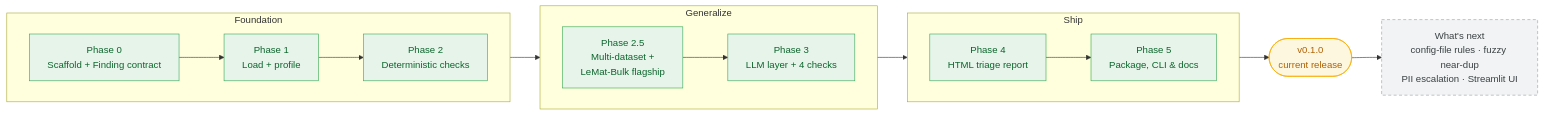
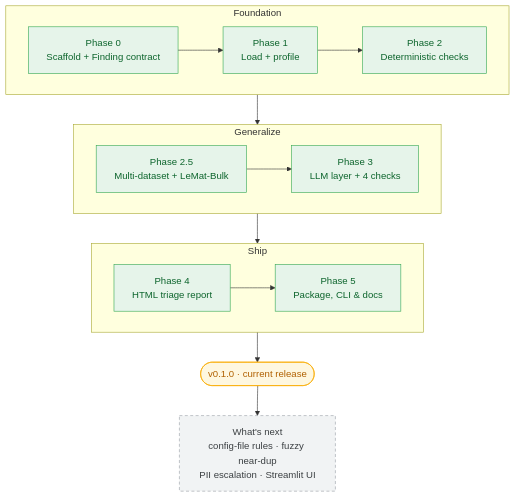
One commit to AmandineFlachs/dataset-auditor changed the diagram in README.md. Above: the diagram before and after it, drawn with Mermaid.

Commit message:
Make the README roadmap diagram vertical so it reads larger
The horizontal flowchart packed eight phases into one row, shrinking the
text. Switch to a top-to-bottom stack (phase groups flow downward, phases
read left-to-right within each), so the diagram is narrower and legible.

````diff
--- a/README.md
+++ b/README.md
@@ -170,23 +170,23 @@
 ```mermaid
-flowchart LR
+flowchart TB
     subgraph F ["Foundation"]
         direction LR
         P0["Phase 0<br/>Scaffold + Finding contract"] --> P1["Phase 1<br/>Load + profile"] --> P2["Phase 2<br/>Deterministic checks"]
     end
     subgraph G ["Generalize"]
         direction LR
-        P25["Phase 2.5<br/>Multi-dataset +<br/>LeMat-Bulk flagship"] --> P3["Phase 3<br/>LLM layer + 4 checks"]
+        P25["Phase 2.5<br/>Multi-dataset + LeMat-Bulk"] --> P3["Phase 3<br/>LLM layer + 4 checks"]
     end
     subgraph S ["Ship"]
         direction LR
         P4["Phase 4<br/>HTML triage report"] --> P5["Phase 5<br/>Package, CLI &amp; docs"]
     end
-    F --> G --> S --> REL(["v0.1.0<br/>current release"]) --> N["What's next<br/>config-file rules · fuzzy near-dup<br/>PII escalation · Streamlit UI"]
+    F --> G --> S --> REL(["v0.1.0 · current release"]) --> N["What's next<br/>config-file rules · fuzzy near-dup<br/>PII escalation · Streamlit UI"]
 
     classDef done fill:#e6f4ea,stroke:#34a853,color:#0d652d;
     classDef rel fill:#fef7e0,stroke:#f9ab00,color:#b06000;
     classDef next fill:#f1f3f4,stroke:#9aa0a6,color:#3c4043,stroke-dasharray:5 4;
     class P0,P1,P2,P25,P3,P4,P5 done
     class REL rel
     class N next
 ```
````
